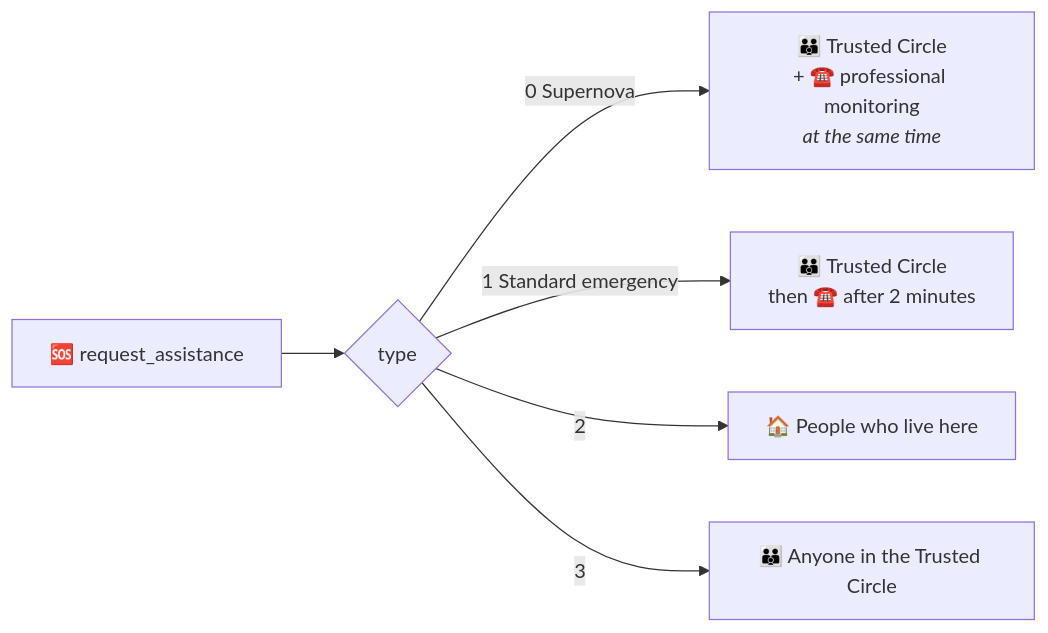
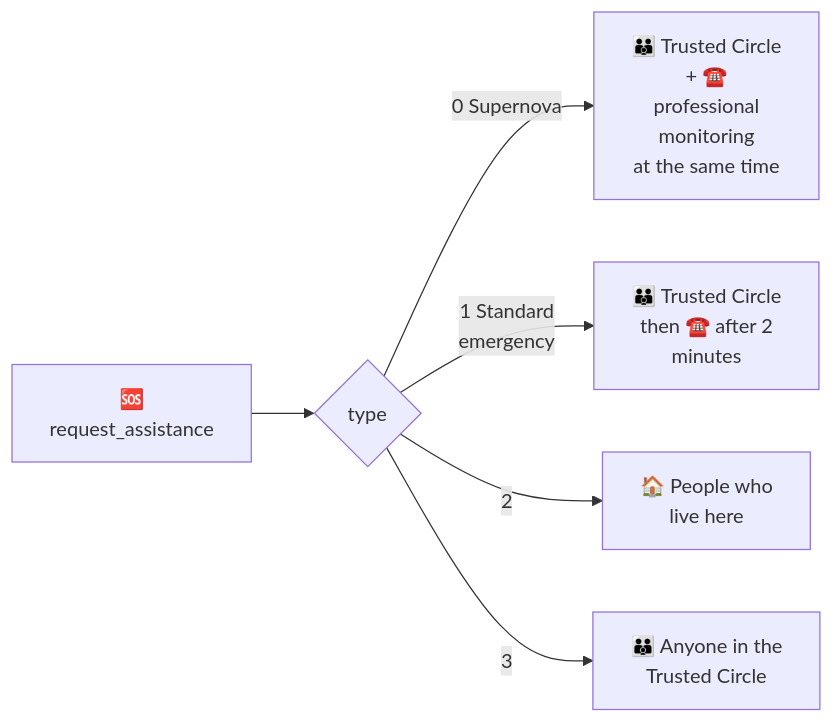
One commit to CareDailyAI/docs changed the diagram in synthetic_apis/request_assistance.md. Above: the diagram before and after it, drawn with Mermaid. The commit also changed 30 other files, not shown here.

First line of the commit message:
Diagrams: wrap every flowchart label to short rows so Chrome stops clipping them

````diff
--- a/synthetic_apis/request_assistance.md
+++ b/synthetic_apis/request_assistance.md
@@ -10,8 +10,8 @@
 ```mermaid
 flowchart LR
-    R["🆘 request_assistance"] --> T{"type"}
-    T -->|"0 Supernova"| A["👪 Trusted Circle<br/>+ ☎️ professional monitoring<br/><i>at the same time</i>"]
-    T -->|"1 Standard emergency"| B["👪 Trusted Circle<br/>then ☎️ after 2 minutes"]
-    T -->|"2"| C["🏠 People who live here"]
-    T -->|"3"| D["👪 Anyone in the Trusted Circle"]
+    R["🆘<br/>request_assistance"] --> T{"type"}
+    T -->|"0 Supernova"| A["👪 Trusted Circle<br/>+ ☎️<br/>professional<br/>monitoring<br/>at the same time"]
+    T -->|"1 Standard<br/>emergency"| B["👪 Trusted Circle<br/>then ☎️ after 2<br/>minutes"]
+    T -->|"2"| C["🏠 People who<br/>live here"]
+    T -->|"3"| D["👪 Anyone in the<br/>Trusted Circle"]
 ```
````
